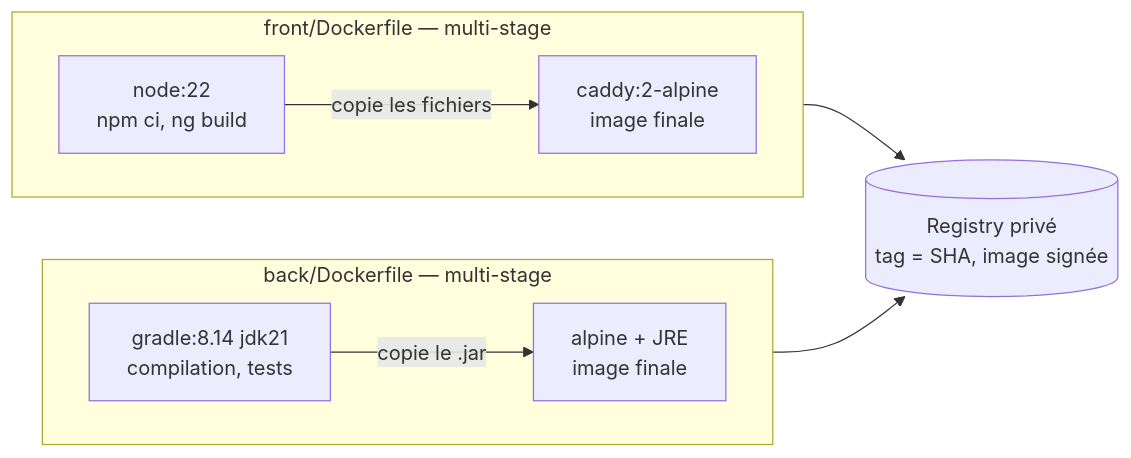
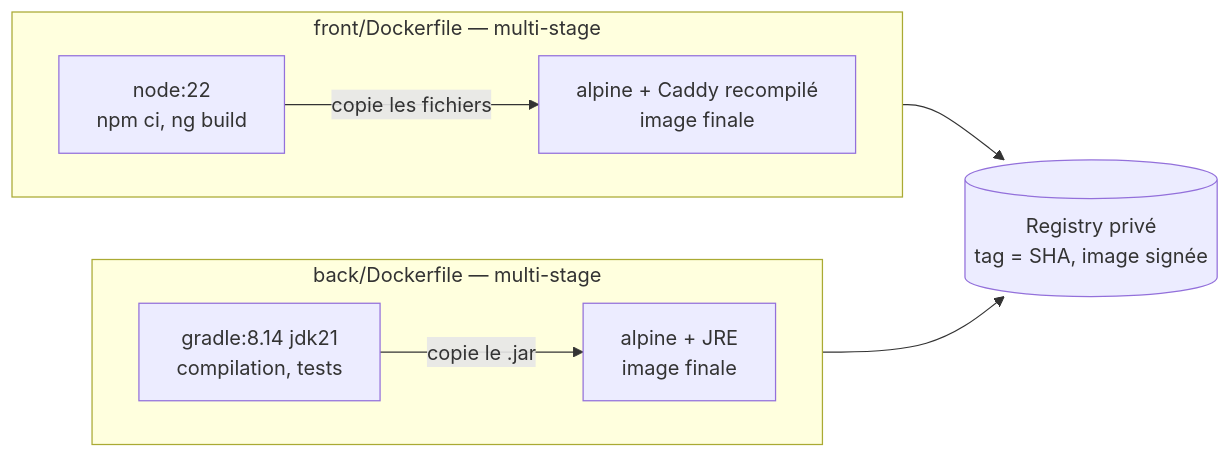
One commit to TedPasquiet/G-rez-le-cycle-de-vie-de-d-veloppement-logiciel changed the third of 8 diagrams in docs/schema-architecture.md. Above: the diagram before and after it, drawn with Mermaid. The commit also changed 14 other files, not shown here.

Commit message:
fix(images): monte Spring Boot de 3.2.5 à 3.5.16 et recompile Caddy pour fermer les CVE

````diff
--- a/docs/schema-architecture.md
+++ b/docs/schema-architecture.md
@@ -146,13 +146,13 @@
 ```mermaid
 flowchart LR
     subgraph bb["back/Dockerfile — multi-stage"]
         direction LR
         g["gradle:8.14 jdk21<br/>compilation, tests"] -->|"copie le .jar"| ba["alpine + JRE<br/>image finale"]
     end
     subgraph fb["front/Dockerfile — multi-stage"]
         direction LR
-        n["node:22<br/>npm ci, ng build"] -->|"copie les fichiers"| ca["caddy:2-alpine<br/>image finale"]
+        n["node:22<br/>npm ci, ng build"] -->|"copie les fichiers"| ca["alpine + Caddy recompilé<br/>image finale"]
     end
     ba --> reg[("Registry privé<br/>tag = SHA, image signée")]
     ca --> reg
 ```
````
